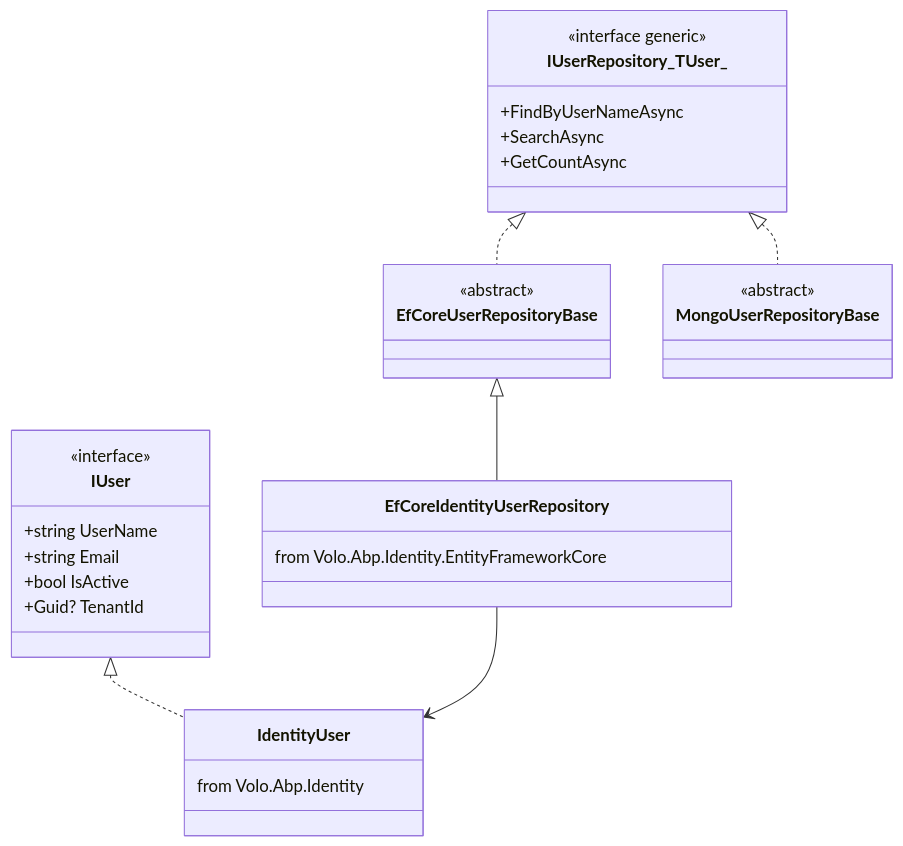
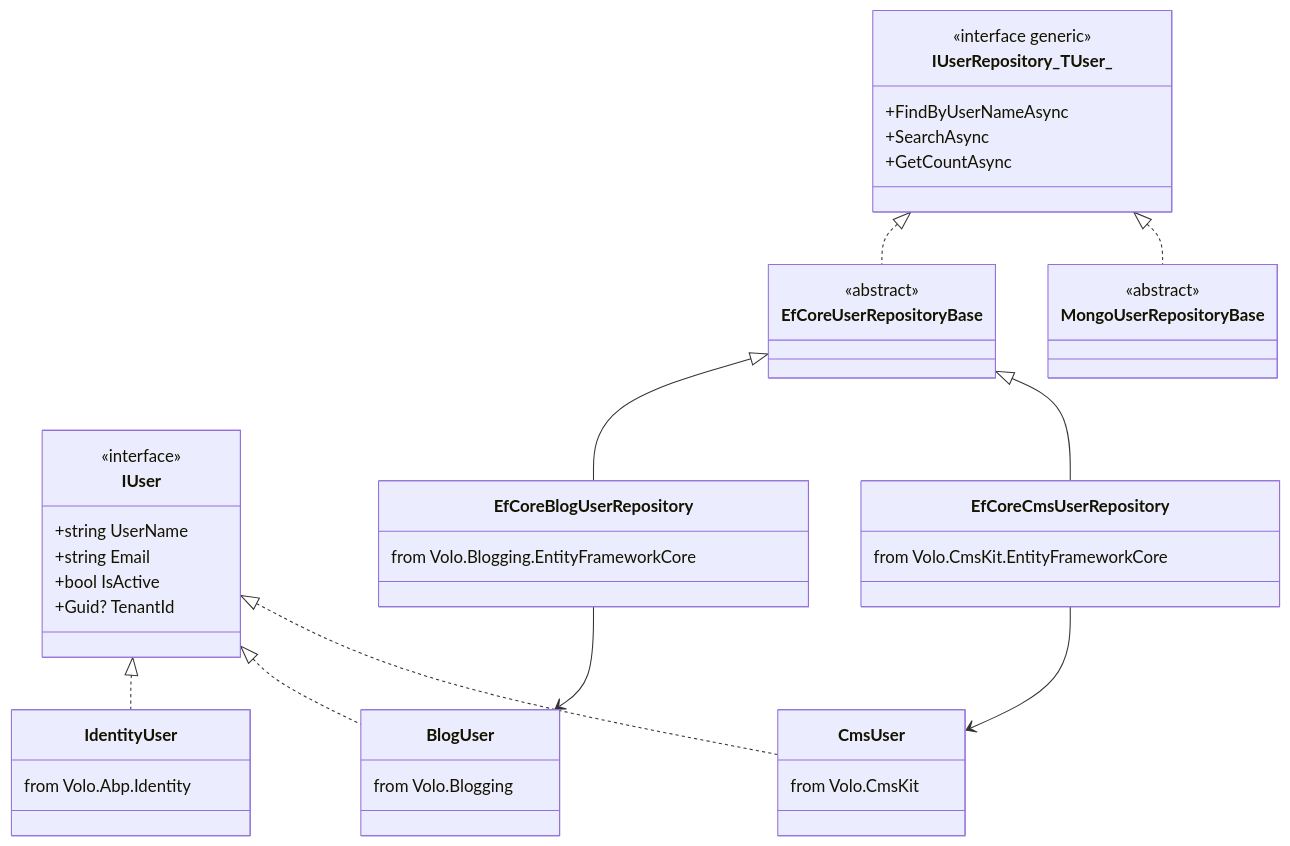
One commit to mintlify-atlas/docs-wiki-d74bb1cc changed the third of 4 diagrams in modules/users/overview.mdx. Above: the diagram before and after it, drawn with Mermaid. The commit also changed other lines of this file and 77 other files, not shown here.

Commit message:
docs: review pass — accuracy audit, source verification, and added flow pages

````diff
--- a/modules/users/overview.mdx
+++ b/modules/users/overview.mdx
@@ -240,34 +240,47 @@
 ```mermaid
 classDiagram
     class IUser {
         <<interface>>
         +string UserName
         +string Email
         +bool IsActive
         +Guid? TenantId
     }
     class IUserRepository_TUser_ {
         <<interface generic>>
         +FindByUserNameAsync
         +SearchAsync
         +GetCountAsync
     }
     class EfCoreUserRepositoryBase {
         <<abstract>>
     }
     class MongoUserRepositoryBase {
         <<abstract>>
     }
     class IdentityUser {
         from Volo.Abp.Identity
     }
-    class EfCoreIdentityUserRepository {
-        from Volo.Abp.Identity.EntityFrameworkCore
+    class BlogUser {
+        from Volo.Blogging
+    }
+    class EfCoreBlogUserRepository {
+        from Volo.Blogging.EntityFrameworkCore
+    }
+    class CmsUser {
+        from Volo.CmsKit
+    }
+    class EfCoreCmsUserRepository {
+        from Volo.CmsKit.EntityFrameworkCore
     }
 
     IUser <|.. IdentityUser
+    IUser <|.. BlogUser
+    IUser <|.. CmsUser
     IUserRepository_TUser_ <|.. EfCoreUserRepositoryBase
     IUserRepository_TUser_ <|.. MongoUserRepositoryBase
-    EfCoreUserRepositoryBase <|-- EfCoreIdentityUserRepository
-    EfCoreIdentityUserRepository --> IdentityUser
+    EfCoreUserRepositoryBase <|-- EfCoreBlogUserRepository
+    EfCoreUserRepositoryBase <|-- EfCoreCmsUserRepository
+    EfCoreBlogUserRepository --> BlogUser
+    EfCoreCmsUserRepository --> CmsUser
 ```
````
